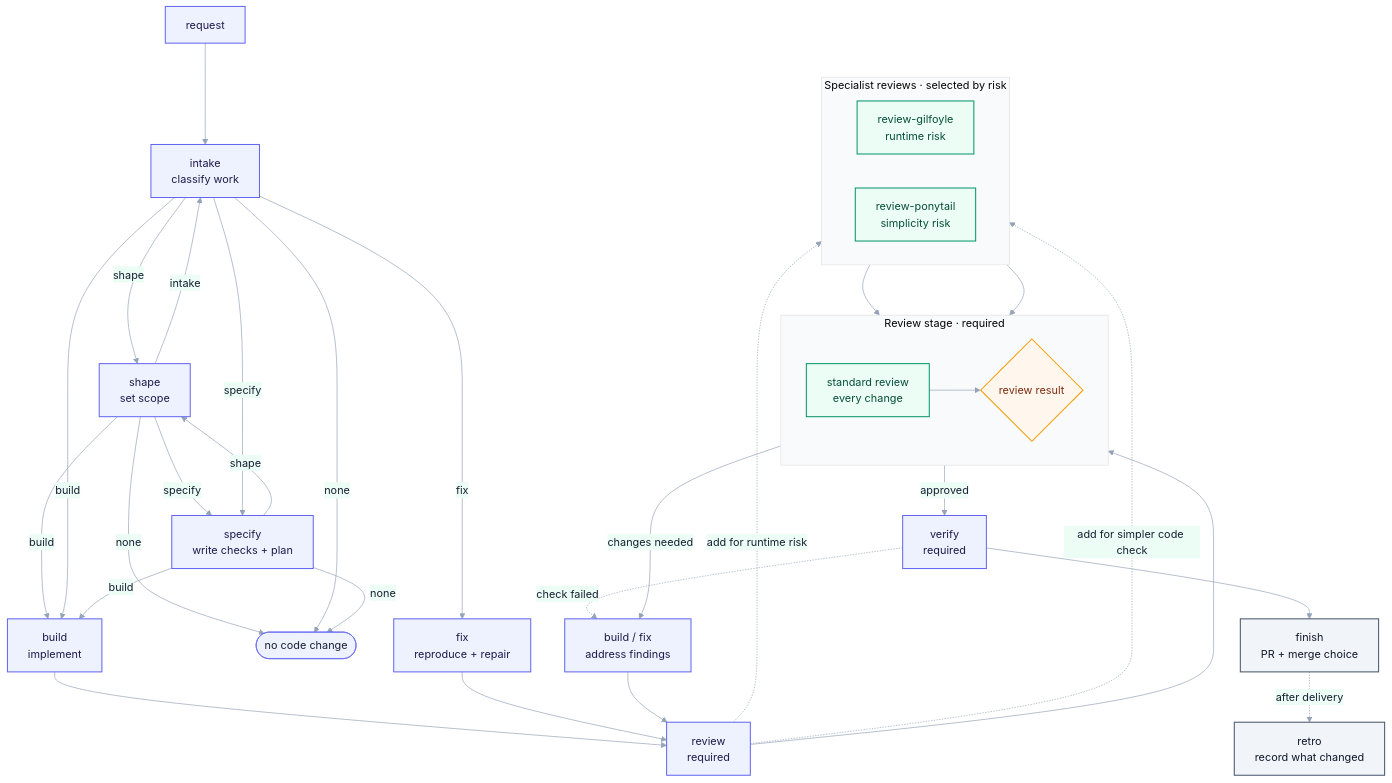
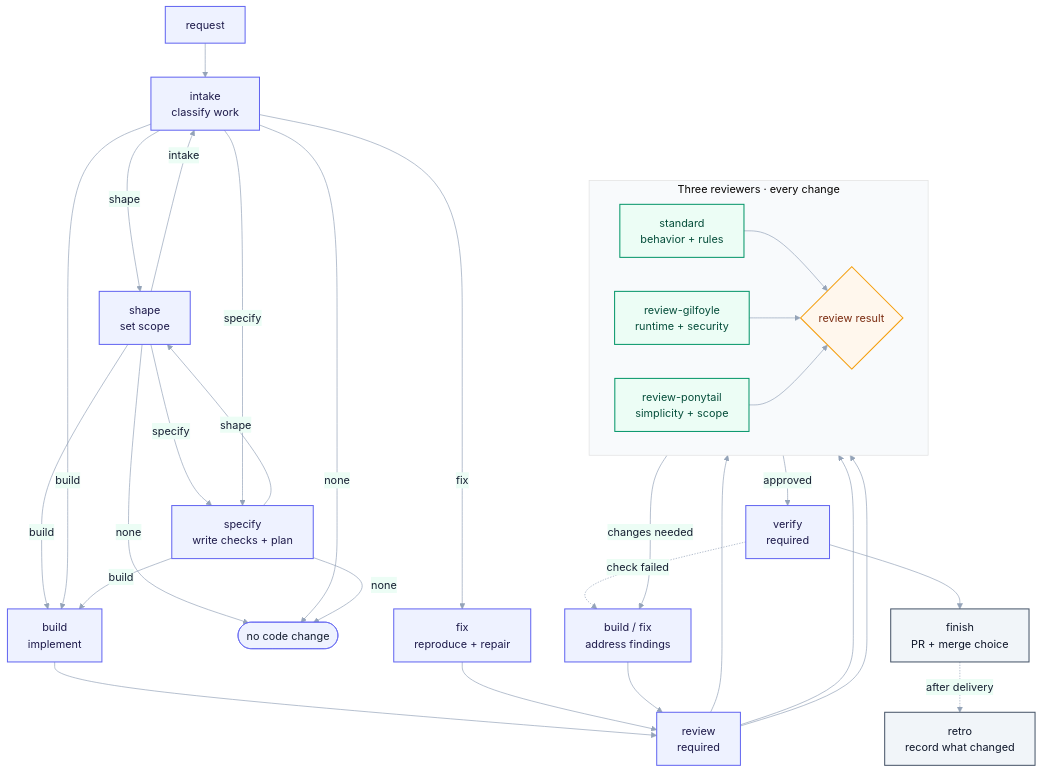
Before and after one commit to Igloczek/skills: the second of 2 diagrams in README.md, drawn with Mermaid. The commit also changed other lines of this file and 4 other files, not shown here.

Commit message:
feat: run three review personas on every change

````diff
--- a/README.md
+++ b/README.md
@@ -97,59 +96,55 @@
 ```mermaid
 %%{init: {"theme":"base","themeVariables":{"fontFamily":"ui-sans-serif,system-ui,sans-serif","lineColor":"#94a3b8","primaryColor":"#eef2ff","primaryTextColor":"#172033","primaryBorderColor":"#6366f1","secondaryColor":"#ecfdf5","tertiaryColor":"#f8fafc"}}}%%
 flowchart TD
     request["request"] --> intake["intake<br/>classify work"]
 
     intake -->|shape| shape["shape<br/>set scope"]
     shape -->|intake| intake
     shape -->|specify| specify["specify<br/>write checks + plan"]
     shape -->|build| build["build<br/>implement"]
     shape -->|none| done(["no code change"])
 
     intake -->|specify| specify
     intake -->|build| build
     intake -->|fix| fix["fix<br/>reproduce + repair"]
     intake -->|none| done
 
     specify -->|shape| shape
     specify -->|build| build
     specify -->|none| done
 
     build --> review["review<br/>required"]
     fix --> review
 
-    subgraph review_stage["Review stage · required"]
+    subgraph review_stage["Three reviewers · every change"]
         direction LR
-        standard_review["standard review<br/>every change"]
+        standard_review["standard<br/>behavior + rules"]
+        review_gilfoyle["review-gilfoyle<br/>runtime + security"]
+        review_ponytail["review-ponytail<br/>simplicity + scope"]
         review_result{"review result"}
     end
 
-    subgraph specialist_stage["Specialist reviews · selected by risk"]
-        direction LR
-        review_gilfoyle["review-gilfoyle<br/>runtime risk"]
-        review_ponytail["review-ponytail<br/>simplicity risk"]
-    end
-
     review --> standard_review
-    review -. add for runtime risk .-> review_gilfoyle
-    review -. add for simpler code check .-> review_ponytail
+    review --> review_gilfoyle
+    review --> review_ponytail
     standard_review --> review_result
     review_gilfoyle --> review_result
     review_ponytail --> review_result
 
     review_result -->|approved| verify["verify<br/>required"]
     review_result -->|changes needed| rework["build / fix<br/>address findings"]
     rework --> review
 
     verify -. check failed .-> rework
     verify --> finish["finish<br/>PR + merge choice"]
     finish -. after delivery .-> retro["retro<br/>record what changed"]
 
     classDef core fill:#eef2ff,stroke:#6366f1,color:#1e1b4b,stroke-width:1.5px;
     classDef review fill:#ecfdf5,stroke:#059669,color:#064e3b,stroke-width:1.5px;
     classDef decision fill:#fff7ed,stroke:#f59e0b,color:#7c2d12,stroke-width:1.5px;
     classDef terminal fill:#f1f5f9,stroke:#475569,color:#0f172a,stroke-width:1.5px;
     class request,intake,shape,specify,build,fix,review,rework,verify core;
     class standard_review,review_gilfoyle,review_ponytail review;
     class review_result decision;
     class finish,retro terminal;
 ```
````
